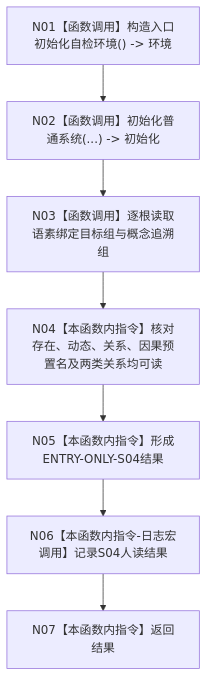
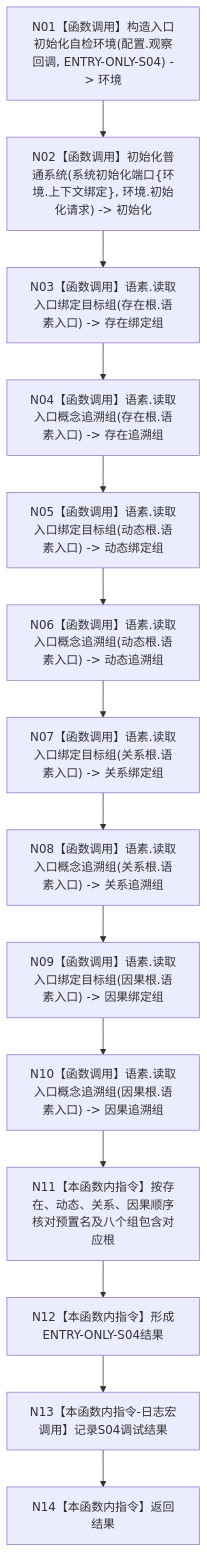
One commit to chunhaizh-cyber/HY-Ego changed the diagram in 流程图/20260726_ENTRY-ONLY_S04_概念图根名绑定_施工流程图_v0.1.md. Above: the diagram before and after it, drawn with Mermaid. The commit also changed other lines of this file and 54 other files, not shown here.

Commit message:
修订 ENTRY-ONLY 入口职责设计包

````diff
--- a/流程图/20260726_ENTRY-ONLY_S04_概念图根名绑定_施工流程图_v0.1.md
+++ b/流程图/20260726_ENTRY-ONLY_S04_概念图根名绑定_施工流程图_v0.1.md
@@ -27,9 +27,16 @@
 ```mermaid
 flowchart TD
-    N01["N01【函数调用】构造入口初始化自检环境() -> 环境"] --> N02["N02【函数调用】初始化普通系统(...) -> 初始化"]
-    N02 --> N03["N03【函数调用】逐根读取语素绑定目标组与概念追溯组"]
-    N03 --> N04["N04【本函数内指令】核对存在、动态、关系、因果预置名及两类关系均可读"]
-    N04 --> N05["N05【本函数内指令】形成ENTRY-ONLY-S04结果"]
-    N05 --> N06["N06【本函数内指令-日志宏调用】记录S04人读结果"]
-    N06 --> N07["N07【本函数内指令】返回结果"]
+    N01["N01【函数调用】构造入口初始化自检环境(配置.观察回调, ENTRY-ONLY-S04) -> 环境"] --> N02["N02【函数调用】初始化普通系统(系统初始化端口{环境.上下文绑定}, 环境.初始化请求) -> 初始化"]
+    N02 --> N03["N03【函数调用】语素.读取入口绑定目标组(存在根.语素入口) -> 存在绑定组"]
+    N03 --> N04["N04【函数调用】语素.读取入口概念追溯组(存在根.语素入口) -> 存在追溯组"]
+    N04 --> N05["N05【函数调用】语素.读取入口绑定目标组(动态根.语素入口) -> 动态绑定组"]
+    N05 --> N06["N06【函数调用】语素.读取入口概念追溯组(动态根.语素入口) -> 动态追溯组"]
+    N06 --> N07["N07【函数调用】语素.读取入口绑定目标组(关系根.语素入口) -> 关系绑定组"]
+    N07 --> N08["N08【函数调用】语素.读取入口概念追溯组(关系根.语素入口) -> 关系追溯组"]
+    N08 --> N09["N09【函数调用】语素.读取入口绑定目标组(因果根.语素入口) -> 因果绑定组"]
+    N09 --> N10["N10【函数调用】语素.读取入口概念追溯组(因果根.语素入口) -> 因果追溯组"]
+    N10 --> N11["N11【本函数内指令】按存在、动态、关系、因果顺序核对预置名及八个组包含对应根"]
+    N11 --> N12["N12【本函数内指令】形成ENTRY-ONLY-S04结果"]
+    N12 --> N13["N13【本函数内指令-日志宏调用】记录S04调试结果"]
+    N13 --> N14["N14【本函数内指令】返回结果"]
 ```
````
